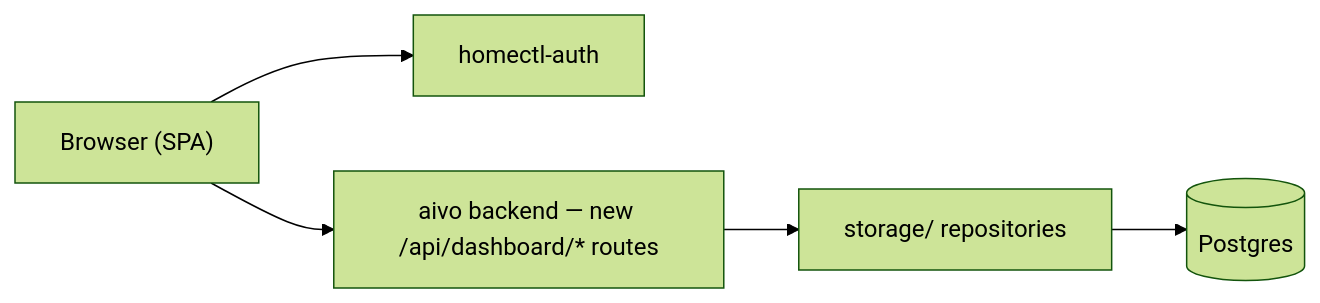
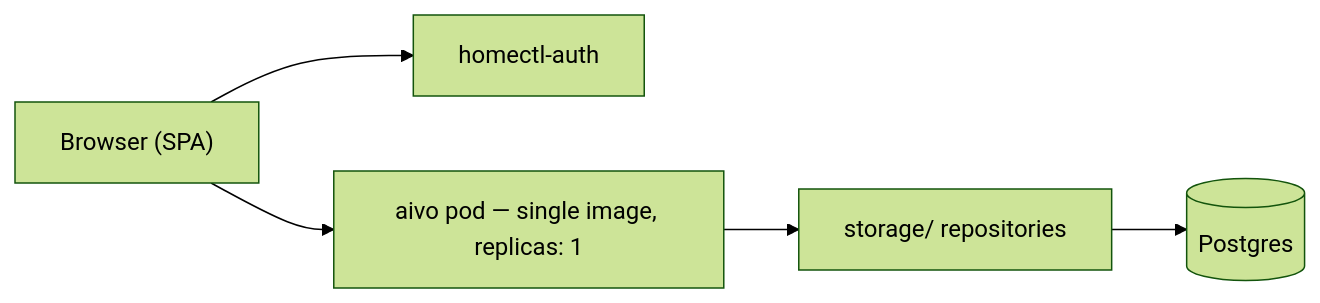
The second of 2 diagrams in docs/phase-3-web-dashboard-prd.md (GagnatDev/aivo), drawn with Mermaid (forest theme) before and after one commit. The commit also changed other lines of this file and 1 other file, not shown here.

First line of the commit message:
docs: clarify dashboard deployment and mobile UX in PRD

````diff
--- a/docs/phase-3-web-dashboard-prd.md
+++ b/docs/phase-3-web-dashboard-prd.md
@@ -316,13 +317,13 @@
 ```mermaid
 flowchart LR
   Browser["Browser (SPA)"]
   Auth["homectl-auth"]
-  API["aivo backend — new /api/dashboard/* routes"]
+  Pod["aivo pod — single image, replicas: 1"]
   Repos["storage/ repositories"]
   PG[("Postgres")]
 
   Browser --> Auth
-  Browser --> API
-  API --> Repos
+  Browser --> Pod
+  Pod --> Repos
   Repos --> PG
 ```
````
